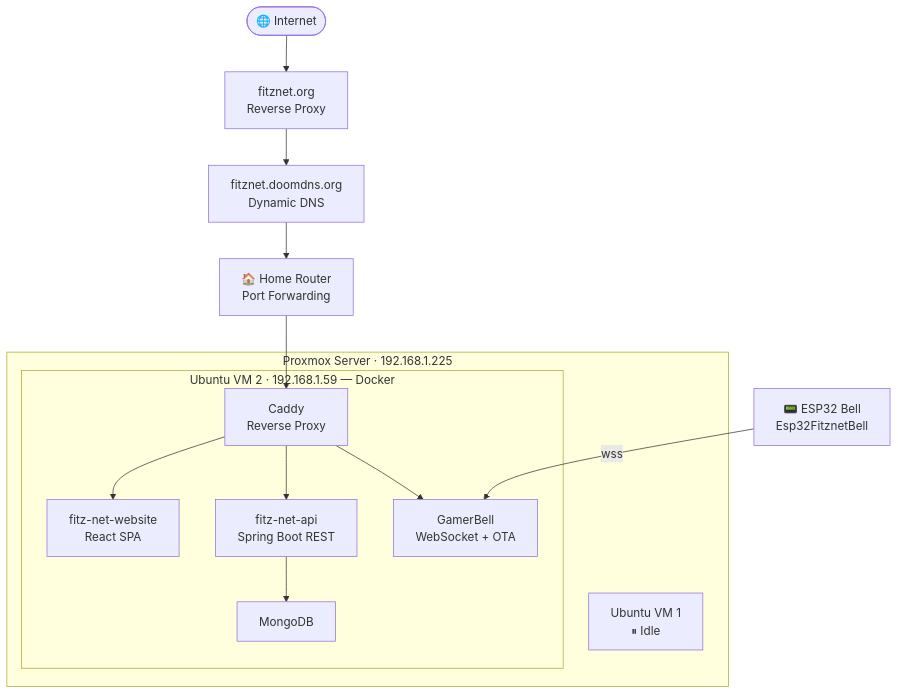
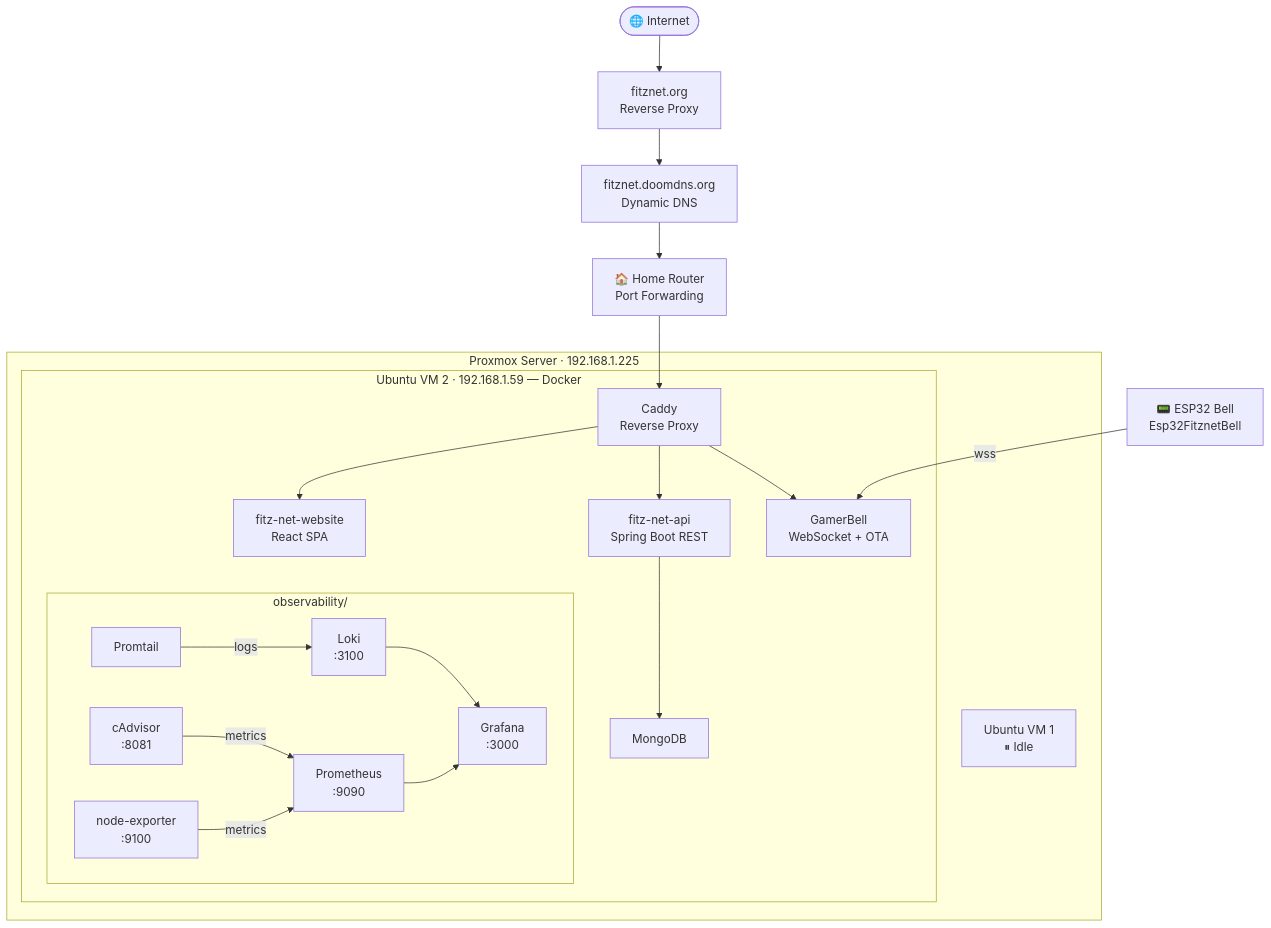
Before and after one commit to mattlol85/Fitz-Net: the first of 2 diagrams in README.md, drawn with Mermaid. The commit also changed other lines of this file and 4 other files, not shown here.

First line of the commit message:
feat(infra): add observability stack — Grafana, Loki, Prometheus, Promtail

````diff
--- a/README.md
+++ b/README.md
@@ -81,28 +81,43 @@
 ```mermaid
 graph TD
     Internet(["🌐 Internet"])
     FitznetOrg["fitznet.org\nReverse Proxy"]
     DNS["fitznet.doomdns.org\nDynamic DNS"]
     Router["🏠 Home Router\nPort Forwarding"]
 
     subgraph Proxmox["Proxmox Server · 192.168.1.225"]
         VM1["Ubuntu VM 1\n⏸ Idle"]
 
         subgraph VM2["Ubuntu VM 2 · 192.168.1.59 — Docker"]
             Caddy["Caddy\nReverse Proxy"]
             Website["fitz-net-website\nReact SPA"]
             API["fitz-net-api\nSpring Boot REST"]
             Bell["GamerBell\nWebSocket + OTA"]
             Mongo["MongoDB"]
+
+            subgraph Obs["observability/"]
+                Grafana["Grafana\n:3000"]
+                Prometheus["Prometheus\n:9090"]
+                Loki["Loki\n:3100"]
+                Promtail["Promtail"]
+                CAdvisor["cAdvisor\n:8081"]
+                NodeExp["node-exporter\n:9100"]
+            end
         end
     end
 
     ESP32["📟 ESP32 Bell\nEsp32FitznetBell"]
 
     Internet --> FitznetOrg --> DNS --> Router --> Caddy
     Caddy --> Website
     Caddy --> API
     Caddy --> Bell
     API --> Mongo
     ESP32 -->|"wss"| Bell
+
+    Promtail -->|"logs"| Loki
+    CAdvisor -->|"metrics"| Prometheus
+    NodeExp -->|"metrics"| Prometheus
+    Loki --> Grafana
+    Prometheus --> Grafana
 ```
````
